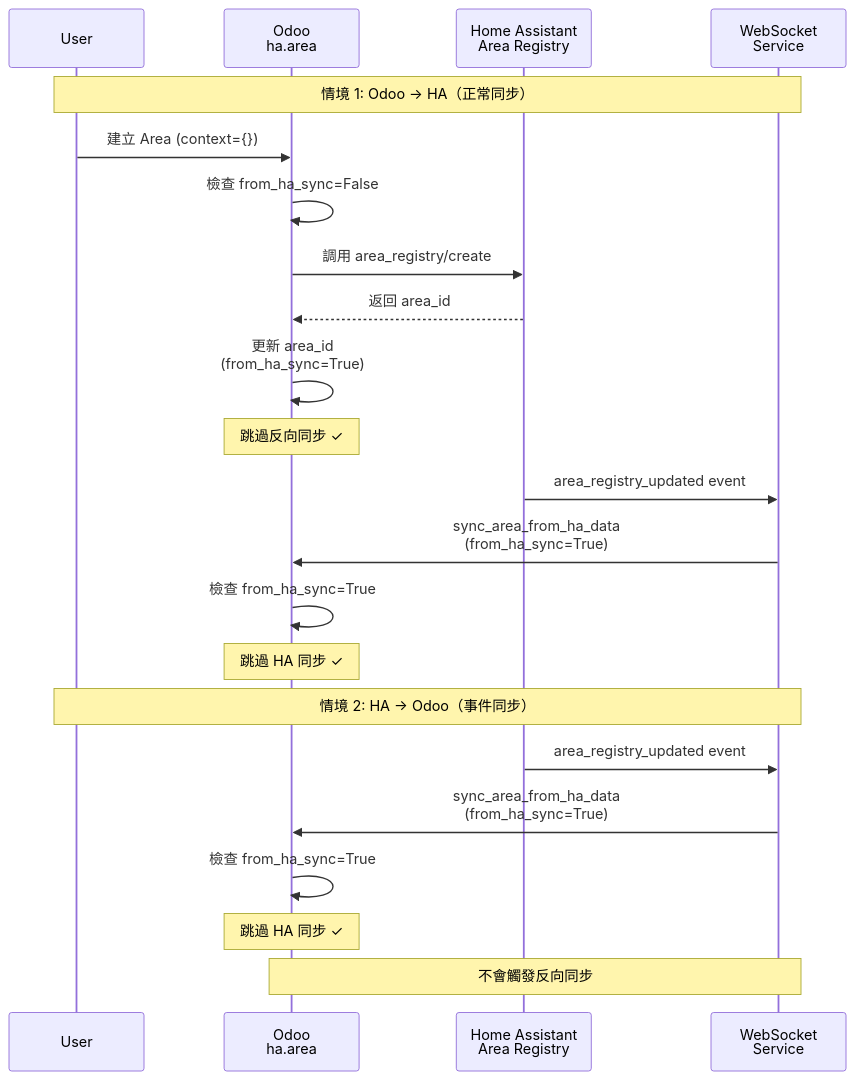
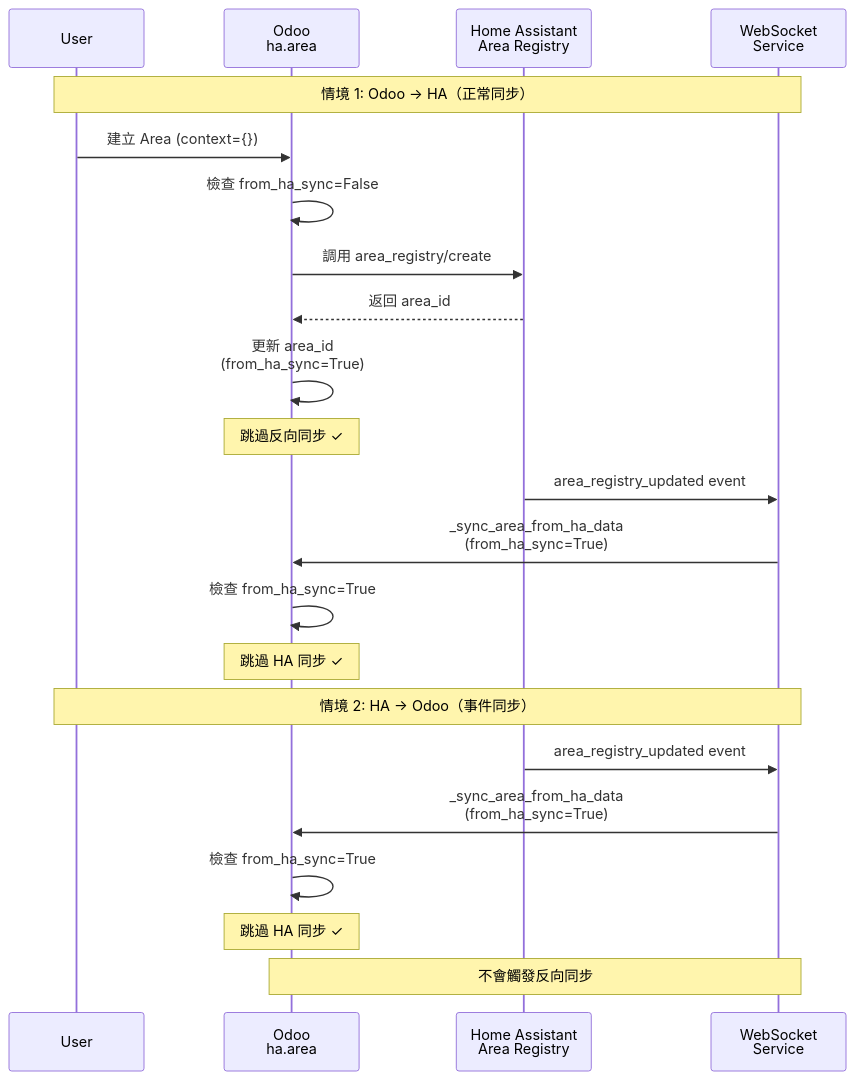
Before and after one commit to WOOWTECH/odoo-addon-odoo-ha-addon: the second of 9 diagrams in docs/architecture/bidirectional-sync.md, drawn with Mermaid. The commit also changed other lines of this file and 13 other files, not shown here.

````diff
--- a/docs/architecture/bidirectional-sync.md
+++ b/docs/architecture/bidirectional-sync.md
@@ -79,27 +79,27 @@
 ```mermaid
 sequenceDiagram
     participant User
     participant OdooArea as Odoo<br/>ha.area
     participant HA as Home Assistant<br/>Area Registry
     participant WSService as WebSocket<br/>Service
 
     Note over User,WSService: 情境 1: Odoo → HA（正常同步）
     User->>OdooArea: 建立 Area (context={})
     OdooArea->>OdooArea: 檢查 from_ha_sync=False
     OdooArea->>HA: 調用 area_registry/create
     HA-->>OdooArea: 返回 area_id
     OdooArea->>OdooArea: 更新 area_id<br/>(from_ha_sync=True)
     Note over OdooArea: 跳過反向同步 ✓
 
     HA->>WSService: area_registry_updated event
-    WSService->>OdooArea: sync_area_from_ha_data<br/>(from_ha_sync=True)
+    WSService->>OdooArea: _sync_area_from_ha_data<br/>(from_ha_sync=True)
     OdooArea->>OdooArea: 檢查 from_ha_sync=True
     Note over OdooArea: 跳過 HA 同步 ✓
 
     Note over User,WSService: 情境 2: HA → Odoo（事件同步）
     HA->>WSService: area_registry_updated event
-    WSService->>OdooArea: sync_area_from_ha_data<br/>(from_ha_sync=True)
+    WSService->>OdooArea: _sync_area_from_ha_data<br/>(from_ha_sync=True)
     OdooArea->>OdooArea: 檢查 from_ha_sync=True
     Note over OdooArea: 跳過 HA 同步 ✓
     Note over OdooArea,WSService: 不會觸發反向同步
 ```
````
